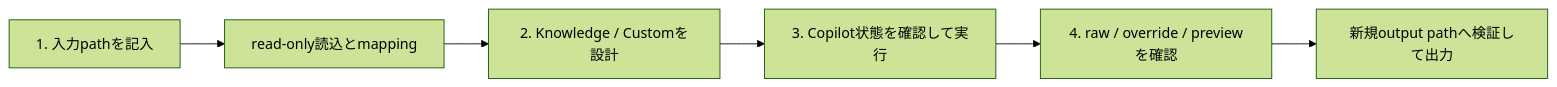
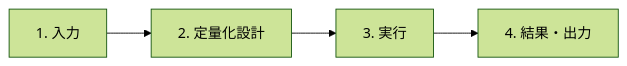
Before and after one commit to dahatake/StudyReport-Evaluator: the diagram in docs/getting-started.md, drawn with Mermaid (forest theme). The commit also changed other lines of this file and 80 other files, not shown here.

````diff
--- a/docs/getting-started.md
+++ b/docs/getting-started.md
@@ -9,8 +39,6 @@
 ```mermaid
 flowchart LR
-    A[1. 入力pathを記入] --> B[read-only読込とmapping]
-    B --> C[2. Knowledge / Customを設計]
-    C --> D[3. Copilot状態を確認して実行]
-    D --> E[4. raw / override / previewを確認]
-    E --> F[新規output pathへ検証して出力]
+    A[1. 入力] --> B[2. 定量化設計]
+    B --> C[3. 実行]
+    C --> D[4. 結果・出力]
 ```
````
